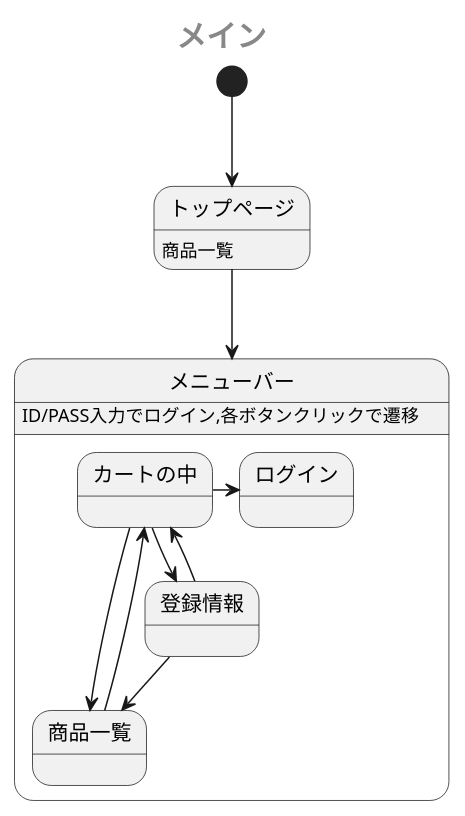
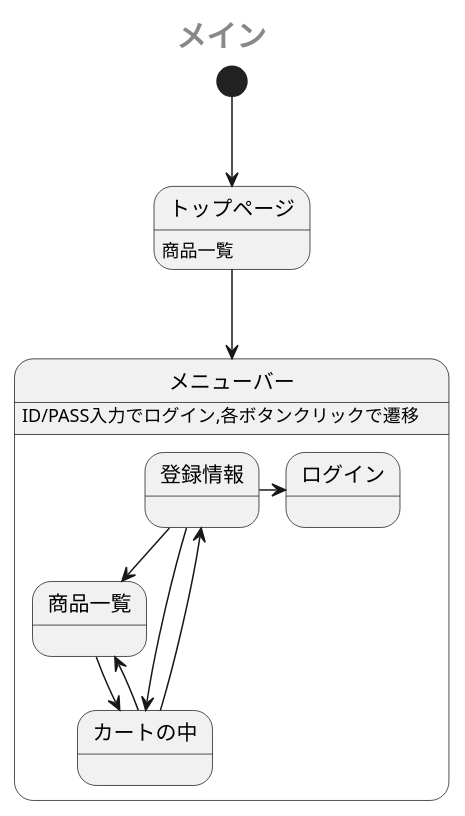
One commit to Aso2001385/2021sys-design changed the first of 2 diagrams in sample/StateMachine.md. Above: the diagram before and after it, drawn with PlantUML.

````diff
--- a/sample/StateMachine.md
+++ b/sample/StateMachine.md
@@ -1,20 +1,20 @@
 ```uml
 @startuml
  center header <size:20><b>メイン</b></size>
  [*] --> トップページ
  トップページ: 商品一覧
  トップページ --> メニューバー
  state メニューバー {
    メニューバー: ID/PASS入力でログイン,各ボタンクリックで遷移
    商品一覧 --> カートの中
-   カートの中 -right-> ログイン
+   登録情報 -right-> ログイン
    カートの中 --> 商品一覧
    カートの中 --> 登録情報
    
    登録情報 -->カートの中
    登録情報 --> 商品一覧
 
  }
  
 @enduml
 ```
````
